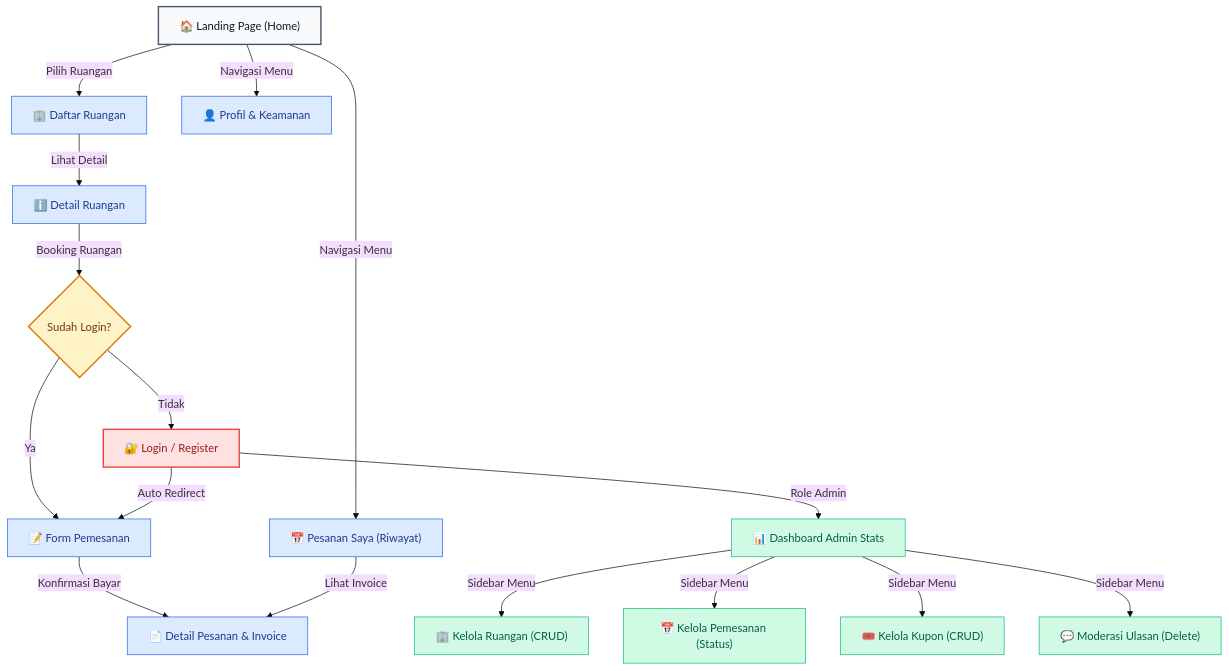
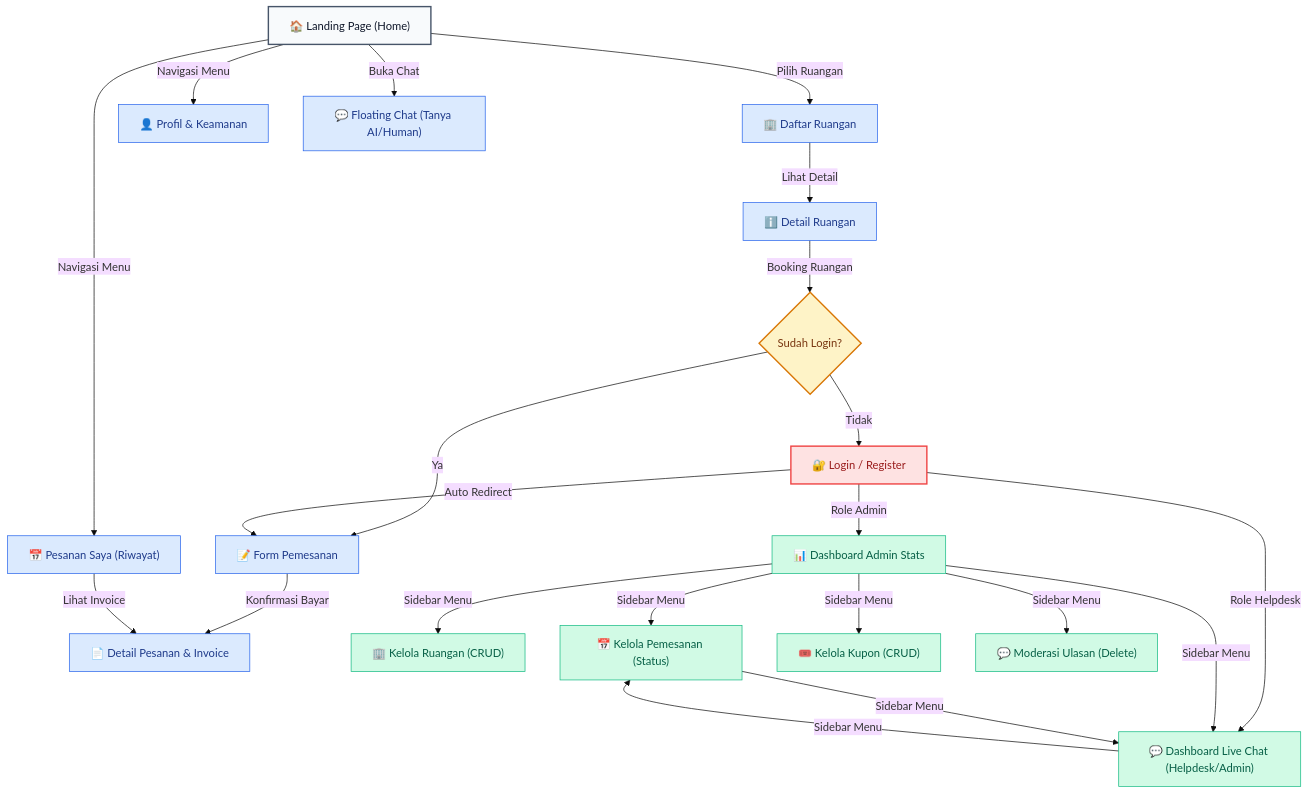
Before and after one commit to Fdlnahmd/w46space: the fourth of 4 diagrams in README.md, drawn with Mermaid (base theme). The commit also changed other lines of this file and 11 other files, not shown here.

````diff
--- a/README.md
+++ b/README.md
@@ -318,57 +324,66 @@
 ```mermaid
 graph TD
     %% Nodes
     Home["🏠 Landing Page (Home)"]
     
     %% Auth
     Login["🔐 Login / Register"]
     
     %% User Pages
     List["🏢 Daftar Ruangan"]
     Detail["ℹ️ Detail Ruangan"]
     Book["📝 Form Pemesanan"]
     Invoice["📄 Detail Pesanan & Invoice"]
     Profile["👤 Profil & Keamanan"]
     History["📅 Pesanan Saya (Riwayat)"]
+    Chat["💬 Floating Chat (Tanya AI/Human)"]
     
-    %% Admin Pages
+    %% Admin & Helpdesk Pages
     Dash["📊 Dashboard Admin Stats"]
     AdminRooms["🏢 Kelola Ruangan (CRUD)"]
     AdminBookings["📅 Kelola Pemesanan (Status)"]
     AdminCoupons["🎟️ Kelola Kupon (CRUD)"]
     AdminReviews["💬 Moderasi Ulasan (Delete)"]
+    AdminChat["💬 Dashboard Live Chat (Helpdesk/Admin)"]
     
     %% Navigation flows
     Home -->|Pilih Ruangan| List
     List -->|Lihat Detail| Detail
     Detail -->|Booking Ruangan| LoginCheck{Sudah Login?}
     
     LoginCheck -->|Ya| Book
     LoginCheck -->|Tidak| Login
     Login -->|Auto Redirect| Book
     
     Book -->|Konfirmasi Bayar| Invoice
     
     %% User Nav
     Home -->|Navigasi Menu| Profile
     Home -->|Navigasi Menu| History
+    Home -->|Buka Chat| Chat
     History -->|Lihat Invoice| Invoice
     
-    %% Admin Nav
+    %% Admin & Helpdesk Nav
     Login -->|Role Admin| Dash
+    Login -->|Role Helpdesk| AdminChat
+    
     Dash -->|Sidebar Menu| AdminRooms
     Dash -->|Sidebar Menu| AdminBookings
     Dash -->|Sidebar Menu| AdminCoupons
     Dash -->|Sidebar Menu| AdminReviews
+    Dash -->|Sidebar Menu| AdminChat
+    
+    AdminChat -->|Sidebar Menu| AdminBookings
+    AdminBookings -->|Sidebar Menu| AdminChat
     
     %% Styling
     style Home fill:#f8fafc,stroke:#475569,stroke-width:2px,color:#0f172a
     style Login fill:#fee2e2,stroke:#ef4444,stroke-width:2px,color:#991b1b
     style LoginCheck fill:#fef3c7,stroke:#d97706,stroke-width:2px,color:#78350f
     
     classDef userPage fill:#dbeafe,stroke:#2563eb,stroke-width:1px,color:#1e3a8a
-    class List,Detail,Book,Invoice,Profile,History userPage
+    class List,Detail,Book,Invoice,Profile,History,Chat userPage
     
     classDef adminPage fill:#d1fae5,stroke:#10b981,stroke-width:1px,color:#065f46
-    class Dash,AdminRooms,AdminBookings,AdminCoupons,AdminReviews adminPage
+    class Dash,AdminRooms,AdminBookings,AdminCoupons,AdminReviews,AdminChat adminPage
 ```
````
